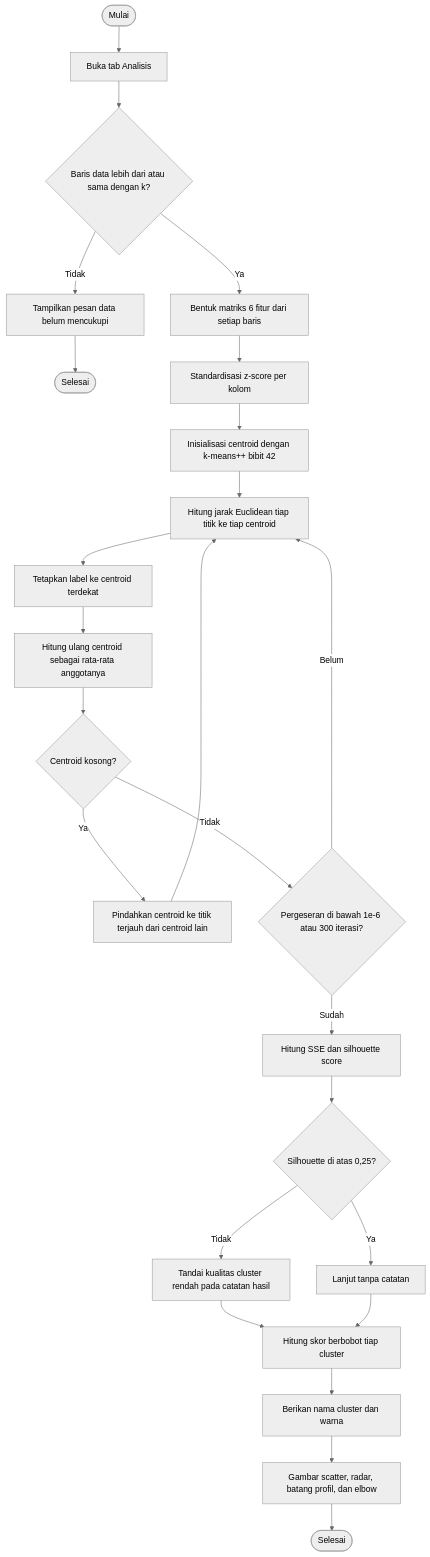
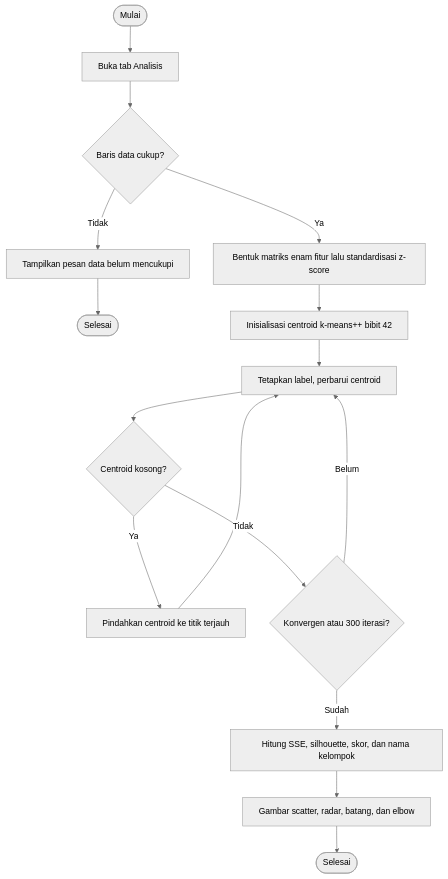
Before and after one commit to whitefoxrakka-cloud/studytrack-ssd30-progress: the fourth of 12 diagrams in laporan/tahap-3-perancangan-uml.md, drawn with Mermaid (neutral theme). The commit also changed other lines of this file and 10 other files, not shown here.

````diff
--- a/laporan/tahap-3-perancangan-uml.md
+++ b/laporan/tahap-3-perancangan-uml.md
@@ -236,27 +226,18 @@
 ```mermaid
+%%%%{init: {"flowchart": {"wrappingWidth": 340, "nodeSpacing": 45, "rankSpacing": 50}}}%%%%
 flowchart TD
   A([Mulai]) --> B[Buka tab Analisis]
-  B --> C{Baris data lebih dari atau sama dengan k?}
-  C -->|Tidak| D[Tampilkan pesan data belum mencukupi]
-  D --> E([Selesai])
-  C -->|Ya| F[Bentuk matriks 6 fitur dari setiap baris]
-  F --> G[Standardisasi z-score per kolom]
-  G --> H[Inisialisasi centroid dengan k-means++ bibit 42]
-  H --> I[Hitung jarak Euclidean tiap titik ke tiap centroid]
-  I --> J[Tetapkan label ke centroid terdekat]
-  J --> K[Hitung ulang centroid sebagai rata-rata anggotanya]
-  K --> L{Centroid kosong?}
-  L -->|Ya| M[Pindahkan centroid ke titik terjauh dari centroid lain]
-  M --> I
-  L -->|Tidak| N{Pergeseran di bawah 1e-6 atau 300 iterasi?}
-  N -->|Belum| I
-  N -->|Sudah| O[Hitung SSE dan silhouette score]
-  O --> P{Silhouette di atas 0,25?}
-  P -->|Tidak| Q[Tandai kualitas cluster rendah pada catatan hasil]
-  P -->|Ya| R[Lanjut tanpa catatan]
-  Q --> S[Hitung skor berbobot tiap cluster]
-  R --> S
-  S --> T[Berikan nama cluster dan warna]
-  T --> U[Gambar scatter, radar, batang profil, dan elbow]
-  U --> V([Selesai])
+  B --> C{Baris data cukup?}
+  C -->|Tidak| D[Tampilkan pesan data belum mencukupi] --> E([Selesai])
+  C -->|Ya| F[Bentuk matriks enam fitur lalu standardisasi z-score]
+  F --> G[Inisialisasi centroid k-means++ bibit 42]
+  G --> H[Tetapkan label, perbarui centroid]
+  H --> I{Centroid kosong?}
+  I -->|Ya| J[Pindahkan centroid ke titik terjauh]
+  J --> H
+  I -->|Tidak| K{Konvergen atau 300 iterasi?}
+  K -->|Belum| H
+  K -->|Sudah| L[Hitung SSE, silhouette, skor, dan nama kelompok]
+  L --> M[Gambar scatter, radar, batang, dan elbow]
+  M --> N([Selesai])
 ```
````
